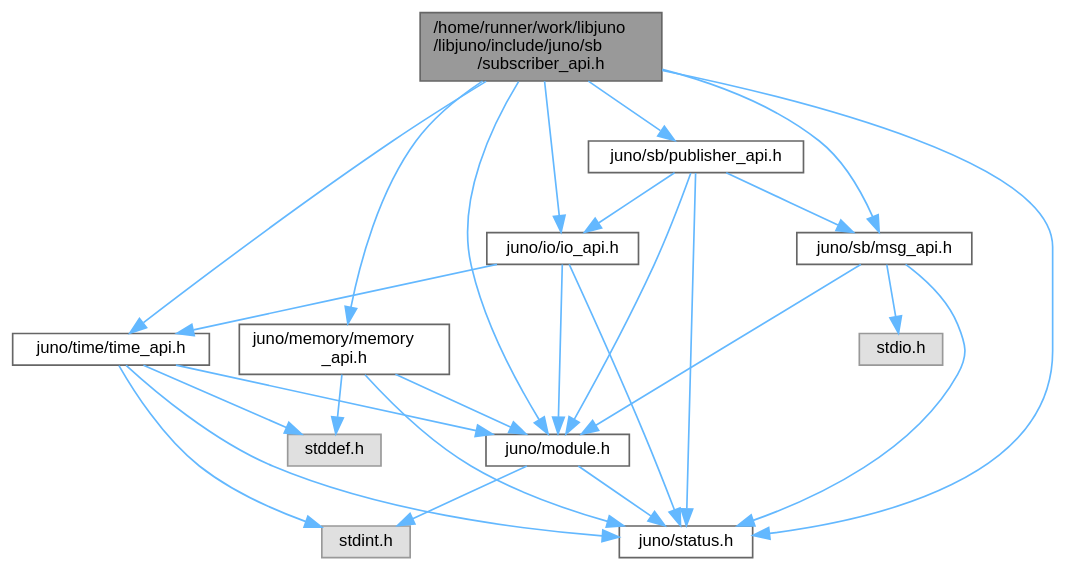
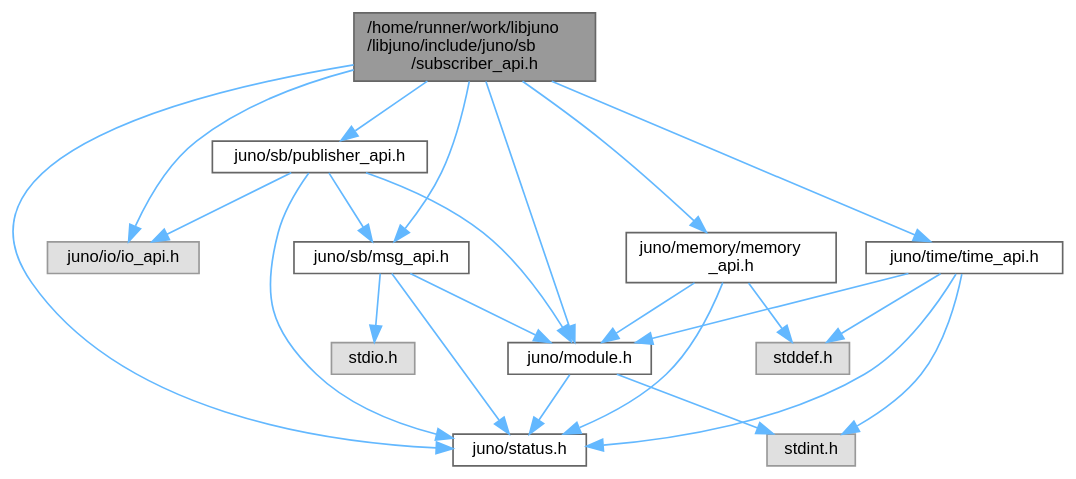
The diagram in subscriber__api_8h__incl.dot (robinonsay/libjuno), drawn with Graphviz before and after one commit. The commit also changed 175 other files, not shown here.

```diff
--- a/subscriber__api_8h__incl.dot
+++ b/subscriber__api_8h__incl.dot
@@ -1,44 +1,41 @@
 digraph "/home/runner/work/libjuno/libjuno/include/juno/sb/subscriber_api.h"
 {
  // LATEX_PDF_SIZE
   bgcolor="transparent";
   edge [fontname=Helvetica,fontsize=10,labelfontname=Helvetica,labelfontsize=10];
   node [fontname=Helvetica,fontsize=10,shape=box,height=0.2,width=0.4];
   Node1 [id="Node000001",label="/home/runner/work/libjuno\l/libjuno/include/juno/sb\l/subscriber_api.h",height=0.2,width=0.4,color="gray40", fillcolor="grey60", style="filled", fontcolor="black",tooltip=" "];
   Node1 -> Node2 [id="edge1_Node000001_Node000002",color="steelblue1",style="solid",tooltip=" "];
-  Node2 [id="Node000002",label="juno/io/io_api.h",height=0.2,width=0.4,color="grey40", fillcolor="white", style="filled",URL="$io__api_8h.html",tooltip=" "];
-  Node2 -> Node3 [id="edge2_Node000002_Node000003",color="steelblue1",style="solid",tooltip=" "];
-  Node3 [id="Node000003",label="juno/status.h",height=0.2,width=0.4,color="grey40", fillcolor="white", style="filled",URL="$status_8h.html",tooltip=" "];
-  Node2 -> Node4 [id="edge3_Node000002_Node000004",color="steelblue1",style="solid",tooltip=" "];
-  Node4 [id="Node000004",label="juno/module.h",height=0.2,width=0.4,color="grey40", fillcolor="white", style="filled",URL="$module_8h.html",tooltip=" "];
-  Node4 -> Node3 [id="edge4_Node000004_Node000003",color="steelblue1",style="solid",tooltip=" "];
-  Node4 -> Node5 [id="edge5_Node000004_Node000005",color="steelblue1",style="solid",tooltip=" "];
-  Node5 [id="Node000005",label="stdint.h",height=0.2,width=0.4,color="grey60", fillcolor="#E0E0E0", style="filled",tooltip=" "];
-  Node2 -> Node6 [id="edge6_Node000002_Node000006",color="steelblue1",style="solid",tooltip=" "];
-  Node6 [id="Node000006",label="juno/time/time_api.h",height=0.2,width=0.4,color="grey40", fillcolor="white", style="filled",URL="$time__api_8h.html",tooltip=" "];
-  Node6 -> Node3 [id="edge7_Node000006_Node000003",color="steelblue1",style="solid",tooltip=" "];
-  Node6 -> Node4 [id="edge8_Node000006_Node000004",color="steelblue1",style="solid",tooltip=" "];
-  Node6 -> Node7 [id="edge9_Node000006_Node000007",color="steelblue1",style="solid",tooltip=" "];
+  Node2 [id="Node000002",label="juno/io/io_api.h",height=0.2,width=0.4,color="grey60", fillcolor="#E0E0E0", style="filled",tooltip=" "];
+  Node1 -> Node3 [id="edge2_Node000001_Node000003",color="steelblue1",style="solid",tooltip=" "];
+  Node3 [id="Node000003",label="juno/memory/memory\l_api.h",height=0.2,width=0.4,color="grey40", fillcolor="white", style="filled",URL="$memory__api_8h.html",tooltip=" "];
+  Node3 -> Node4 [id="edge3_Node000003_Node000004",color="steelblue1",style="solid",tooltip=" "];
+  Node4 [id="Node000004",label="juno/status.h",height=0.2,width=0.4,color="grey40", fillcolor="white", style="filled",URL="$status_8h.html",tooltip=" "];
+  Node3 -> Node5 [id="edge4_Node000003_Node000005",color="steelblue1",style="solid",tooltip=" "];
+  Node5 [id="Node000005",label="juno/module.h",height=0.2,width=0.4,color="grey40", fillcolor="white", style="filled",URL="$module_8h.html",tooltip=" "];
+  Node5 -> Node4 [id="edge5_Node000005_Node000004",color="steelblue1",style="solid",tooltip=" "];
+  Node5 -> Node6 [id="edge6_Node000005_Node000006",color="steelblue1",style="solid",tooltip=" "];
+  Node6 [id="Node000006",label="stdint.h",height=0.2,width=0.4,color="grey60", fillcolor="#E0E0E0", style="filled",tooltip=" "];
+  Node3 -> Node7 [id="edge7_Node000003_Node000007",color="steelblue1",style="solid",tooltip=" "];
   Node7 [id="Node000007",label="stddef.h",height=0.2,width=0.4,color="grey60", fillcolor="#E0E0E0", style="filled",tooltip=" "];
-  Node6 -> Node5 [id="edge10_Node000006_Node000005",color="steelblue1",style="solid",tooltip=" "];
-  Node1 -> Node8 [id="edge11_Node000001_Node000008",color="steelblue1",style="solid",tooltip=" "];
-  Node8 [id="Node000008",label="juno/memory/memory\l_api.h",height=0.2,width=0.4,color="grey40", fillcolor="white", style="filled",URL="$memory__api_8h.html",tooltip=" "];
-  Node8 -> Node3 [id="edge12_Node000008_Node000003",color="steelblue1",style="solid",tooltip=" "];
-  Node8 -> Node4 [id="edge13_Node000008_Node000004",color="steelblue1",style="solid",tooltip=" "];
-  Node8 -> Node7 [id="edge14_Node000008_Node000007",color="steelblue1",style="solid",tooltip=" "];
-  Node1 -> Node9 [id="edge15_Node000001_Node000009",color="steelblue1",style="solid",tooltip=" "];
-  Node9 [id="Node000009",label="juno/sb/msg_api.h",height=0.2,width=0.4,color="grey40", fillcolor="white", style="filled",URL="$msg__api_8h.html",tooltip=" "];
-  Node9 -> Node3 [id="edge16_Node000009_Node000003",color="steelblue1",style="solid",tooltip=" "];
-  Node9 -> Node4 [id="edge17_Node000009_Node000004",color="steelblue1",style="solid",tooltip=" "];
-  Node9 -> Node10 [id="edge18_Node000009_Node000010",color="steelblue1",style="solid",tooltip=" "];
-  Node10 [id="Node000010",label="stdio.h",height=0.2,width=0.4,color="grey60", fillcolor="#E0E0E0", style="filled",tooltip=" "];
+  Node1 -> Node8 [id="edge8_Node000001_Node000008",color="steelblue1",style="solid",tooltip=" "];
+  Node8 [id="Node000008",label="juno/sb/msg_api.h",height=0.2,width=0.4,color="grey40", fillcolor="white", style="filled",URL="$msg__api_8h.html",tooltip=" "];
+  Node8 -> Node4 [id="edge9_Node000008_Node000004",color="steelblue1",style="solid",tooltip=" "];
+  Node8 -> Node5 [id="edge10_Node000008_Node000005",color="steelblue1",style="solid",tooltip=" "];
+  Node8 -> Node9 [id="edge11_Node000008_Node000009",color="steelblue1",style="solid",tooltip=" "];
+  Node9 [id="Node000009",label="stdio.h",height=0.2,width=0.4,color="grey60", fillcolor="#E0E0E0", style="filled",tooltip=" "];
+  Node1 -> Node10 [id="edge12_Node000001_Node000010",color="steelblue1",style="solid",tooltip=" "];
+  Node10 [id="Node000010",label="juno/sb/publisher_api.h",height=0.2,width=0.4,color="grey40", fillcolor="white", style="filled",URL="$publisher__api_8h.html",tooltip=" "];
+  Node10 -> Node2 [id="edge13_Node000010_Node000002",color="steelblue1",style="solid",tooltip=" "];
+  Node10 -> Node8 [id="edge14_Node000010_Node000008",color="steelblue1",style="solid",tooltip=" "];
+  Node10 -> Node4 [id="edge15_Node000010_Node000004",color="steelblue1",style="solid",tooltip=" "];
+  Node10 -> Node5 [id="edge16_Node000010_Node000005",color="steelblue1",style="solid",tooltip=" "];
+  Node1 -> Node4 [id="edge17_Node000001_Node000004",color="steelblue1",style="solid",tooltip=" "];
+  Node1 -> Node5 [id="edge18_Node000001_Node000005",color="steelblue1",style="solid",tooltip=" "];
   Node1 -> Node11 [id="edge19_Node000001_Node000011",color="steelblue1",style="solid",tooltip=" "];
-  Node11 [id="Node000011",label="juno/sb/publisher_api.h",height=0.2,width=0.4,color="grey40", fillcolor="white", style="filled",URL="$publisher__api_8h.html",tooltip=" "];
-  Node11 -> Node2 [id="edge20_Node000011_Node000002",color="steelblue1",style="solid",tooltip=" "];
-  Node11 -> Node9 [id="edge21_Node000011_Node000009",color="steelblue1",style="solid",tooltip=" "];
-  Node11 -> Node3 [id="edge22_Node000011_Node000003",color="steelblue1",style="solid",tooltip=" "];
-  Node11 -> Node4 [id="edge23_Node000011_Node000004",color="steelblue1",style="solid",tooltip=" "];
-  Node1 -> Node3 [id="edge24_Node000001_Node000003",color="steelblue1",style="solid",tooltip=" "];
-  Node1 -> Node4 [id="edge25_Node000001_Node000004",color="steelblue1",style="solid",tooltip=" "];
-  Node1 -> Node6 [id="edge26_Node000001_Node000006",color="steelblue1",style="solid",tooltip=" "];
+  Node11 [id="Node000011",label="juno/time/time_api.h",height=0.2,width=0.4,color="grey40", fillcolor="white", style="filled",URL="$time__api_8h.html",tooltip=" "];
+  Node11 -> Node4 [id="edge20_Node000011_Node000004",color="steelblue1",style="solid",tooltip=" "];
+  Node11 -> Node5 [id="edge21_Node000011_Node000005",color="steelblue1",style="solid",tooltip=" "];
+  Node11 -> Node7 [id="edge22_Node000011_Node000007",color="steelblue1",style="solid",tooltip=" "];
+  Node11 -> Node6 [id="edge23_Node000011_Node000006",color="steelblue1",style="solid",tooltip=" "];
 }
```
